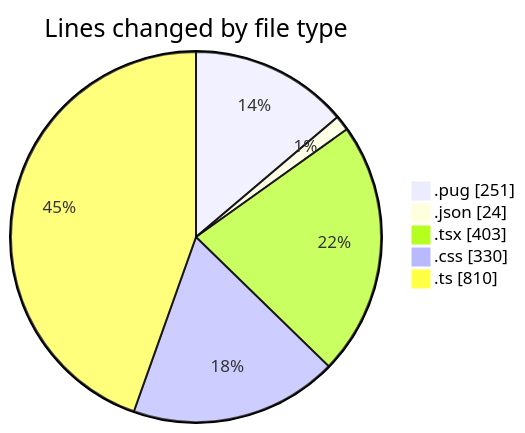
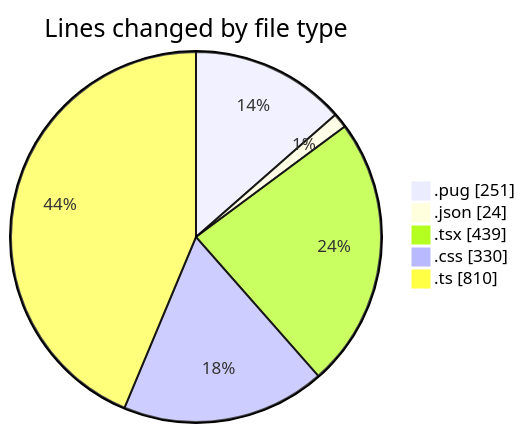
One commit to momahboobian/code-tracking changed the first of 2 diagrams in 2025-11-04/cda/README.md. Above: the diagram before and after it, drawn with Mermaid. The commit also changed other lines of this file and 1 other file, not shown here.

````diff
--- a/2025-11-04/cda/README.md
+++ b/2025-11-04/cda/README.md
@@ -25,9 +25,9 @@
 ```mermaid
 pie showData
 title Lines changed by file type
 ".pug" : 251
 ".json" : 24
-".tsx" : 403
+".tsx" : 439
 ".css" : 330
 ".ts" : 810
 ```
````
